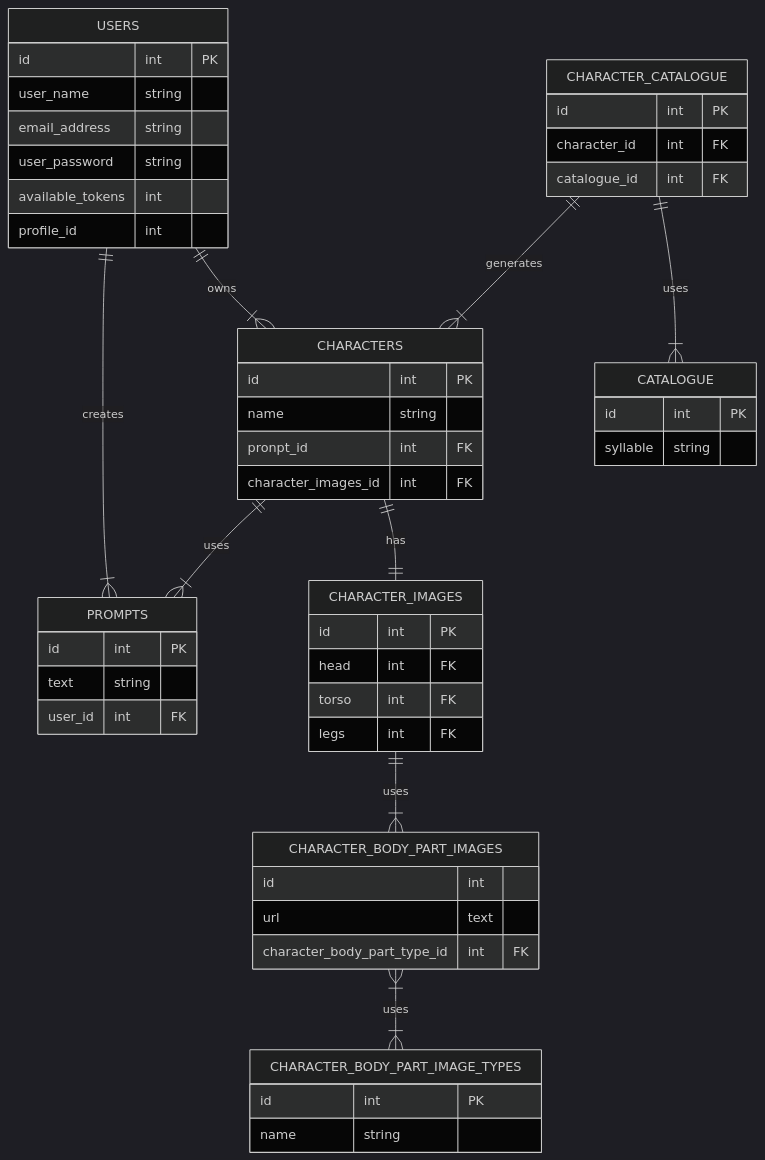
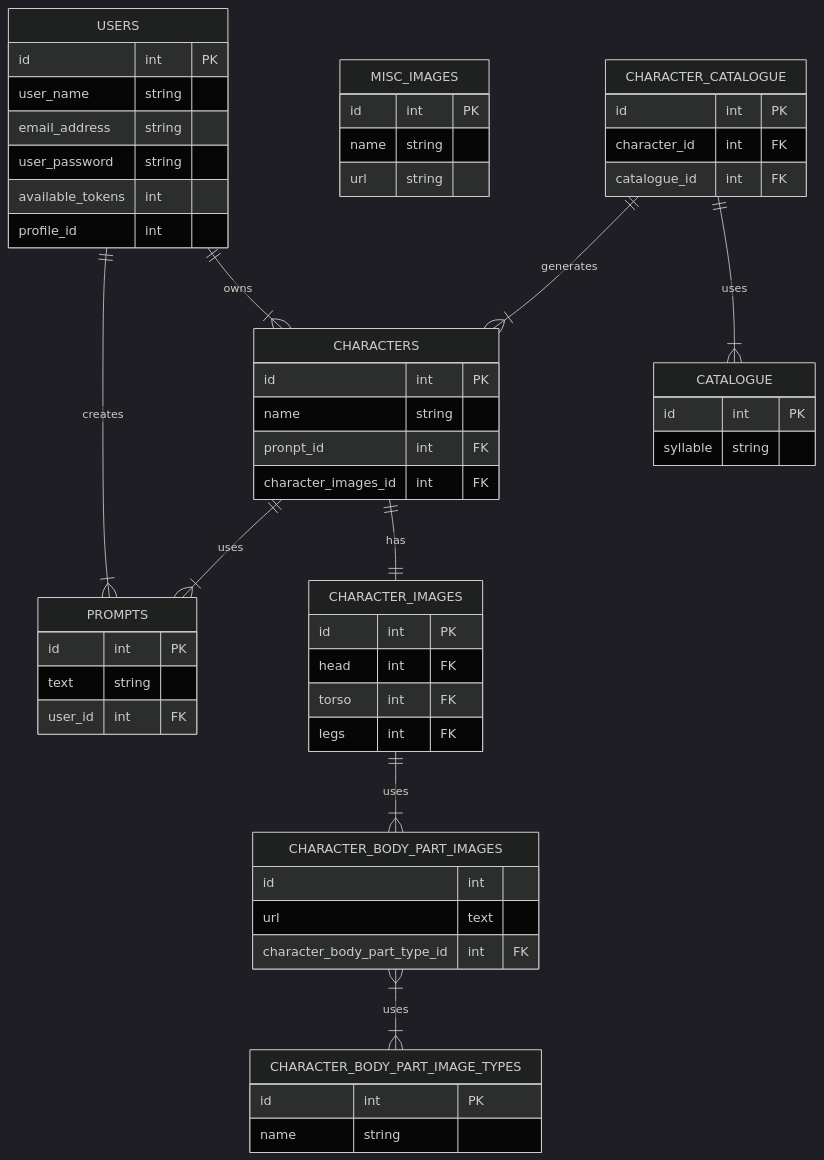
The second of 2 diagrams in README.md (Wren00/create-an-orc), drawn with Mermaid (dark theme) before and after one commit.

````diff
--- a/README.md
+++ b/README.md
@@ -69,56 +69,61 @@
 ```mermaid
 erDiagram
 direction TB
 USERS {
 	id int PK
 	user_name string
 	email_address string
 	user_password string
 	available_tokens int
 	profile_id int
 }
 PROMPTS {
  	id int PK
 	text string
 	user_id int FK
 }
 CHARACTERS {
  	id int PK
 	name string
 	pronpt_id int FK
 	character_images_id int FK
 }
 CHARACTER_IMAGES {
 	id int PK
 	head int FK
 	torso int FK
 	legs int FK
 }
 CHARACTER_BODY_PART_IMAGES {
 	id int
 	url text 
 	character_body_part_type_id int FK
 }
 CHARACTER_BODY_PART_IMAGE_TYPES {
 	id int PK
 	name string
 }
+MISC_IMAGES {
+ 	id int PK
+	name string
+	url string
+}
 CHARACTER_CATALOGUE {
 	id int PK
 	character_id int FK
 	catalogue_id int FK
 }
 CATALOGUE {
     id int PK
     syllable string
 }
 	USERS ||--|{ PROMPTS : creates
 	USERS ||--|{ CHARACTERS : owns
 	CHARACTERS ||--|{ PROMPTS : uses
 	CHARACTERS ||--|| CHARACTER_IMAGES : has
 	CHARACTER_IMAGES ||--|{ CHARACTER_BODY_PART_IMAGES : uses
 	CHARACTER_BODY_PART_IMAGES }|--|{ CHARACTER_BODY_PART_IMAGE_TYPES : uses
 	CHARACTER_CATALOGUE ||--|{ CHARACTERS : generates
 	CHARACTER_CATALOGUE ||--|{ CATALOGUE : uses
 	
 ```
````
